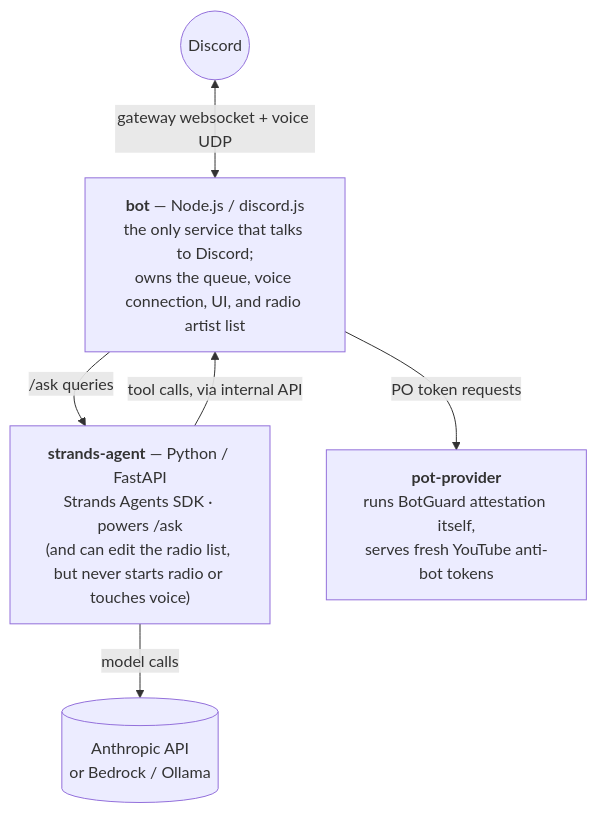
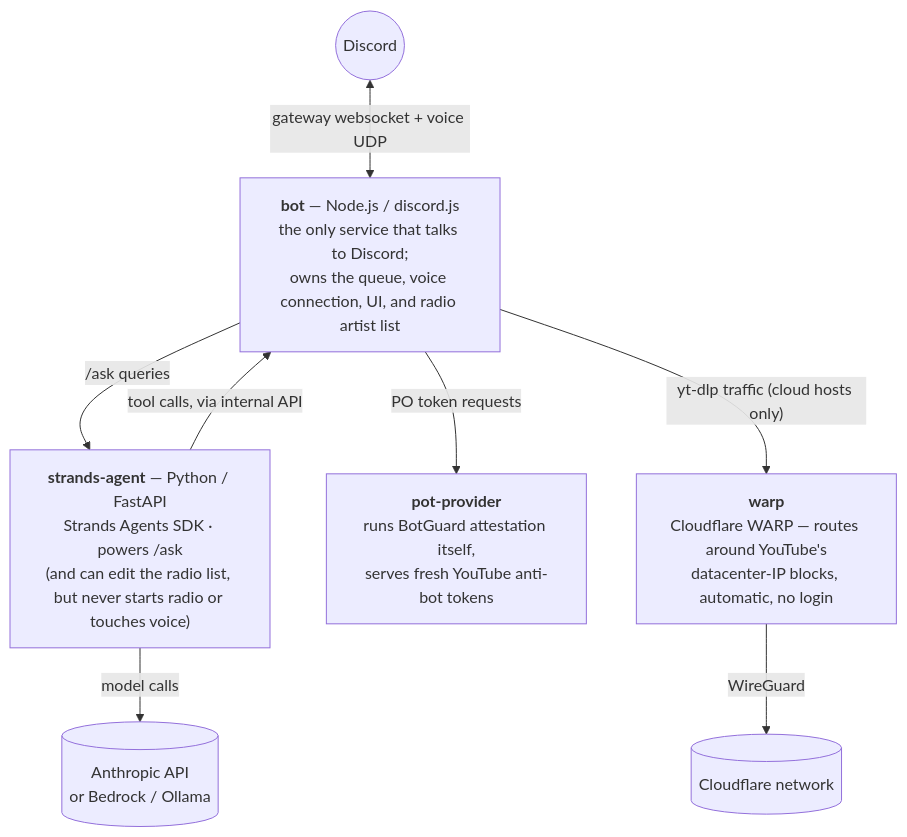
Before and after one commit to mishkamouse/dj-tyga-discord-music-bot: the diagram in README.md, drawn with Mermaid. The commit also changed other lines of this file and 6 other files, not shown here.

First line of the commit message:
Route yt-dlp through Cloudflare WARP to fix YouTube blocking cloud host IPs

````diff
--- a/README.md
+++ b/README.md
@@ -107,14 +107,17 @@
 ```mermaid
 flowchart TD
     Discord((Discord)) <-->|gateway websocket + voice UDP| Bot
 
     Bot["<b>bot</b> — Node.js / discord.js<br/>the only service that talks to Discord;<br/>owns the queue, voice connection, UI, and radio artist list"]
     Bot -->|"/ask queries"| Agent
     Agent -->|"tool calls, via internal API"| Bot
     Bot -->|PO token requests| Pot
+    Bot -->|"yt-dlp traffic (cloud hosts only)"| Warp
 
     Agent["<b>strands-agent</b> — Python / FastAPI<br/>Strands Agents SDK · powers /ask<br/>(and can edit the radio list, but never starts radio or touches voice)"]
     Agent -->|model calls| LLM[("Anthropic API<br/>or Bedrock / Ollama")]
 
     Pot["<b>pot-provider</b><br/>runs BotGuard attestation itself,<br/>serves fresh YouTube anti-bot tokens"]
+    Warp["<b>warp</b><br/>Cloudflare WARP — routes around YouTube's<br/>datacenter-IP blocks, automatic, no login"]
+    Warp -->|WireGuard| Cloudflare[("Cloudflare network")]
 ```
````
